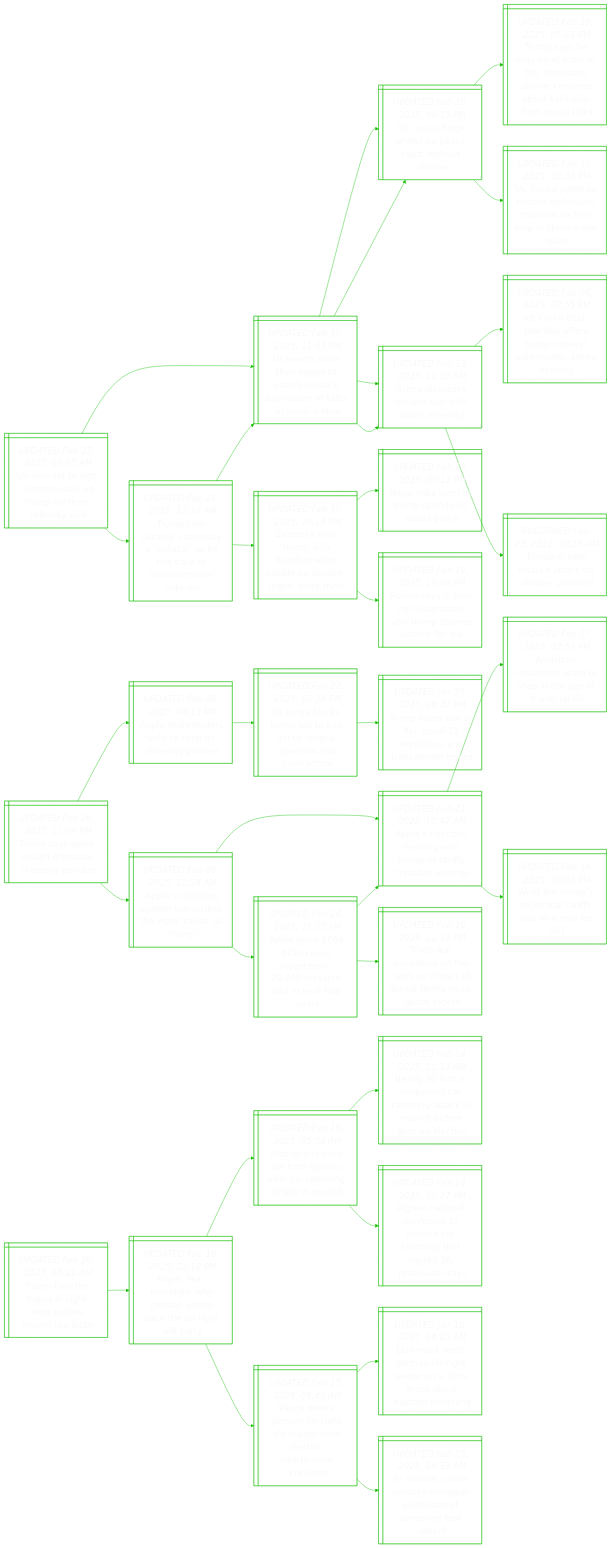
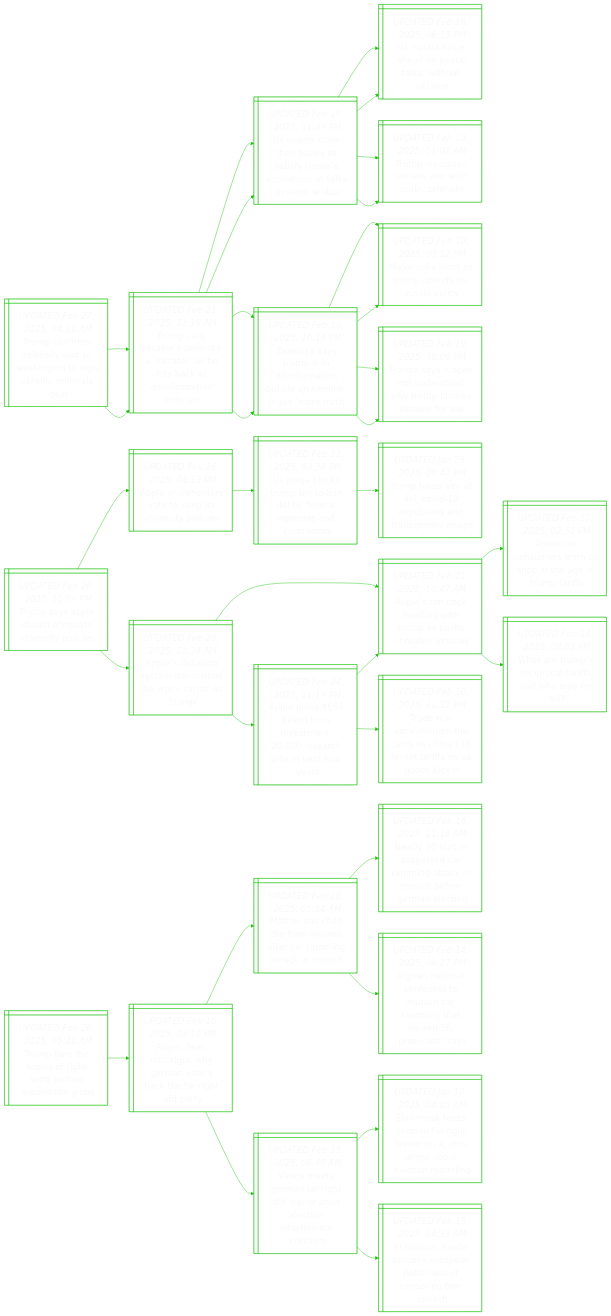
Before and after one commit to notJmes/notJmes: the diagram in README.md, drawn with Mermaid. The commit also changed other lines of this file, not shown here.

```diff
--- a/README.md
+++ b/README.md
@@ -16,8 +16,8 @@
 flowchart LR
 classDef txtsize font-size:20px;
 
-UntnreTcrlyt@{ shape: win-pane, label: "_UPDATED Feb 27, 2025, 03:05 AM_
-Ukraine set to sign minerals deal, as trump confirms zelensky visit" }
+Tcrlytstskere@{ shape: win-pane, label: "_UPDATED Feb 27, 2025, 04:11 AM_
+Trump confirms zelensky visit to washington to sign ukraine minerals deal" }
 TcUnlytaicioiis@{ shape: win-pane, label: "_UPDATED Feb 21, 2025, 12:19 AM_
 Trump calls ukraine’s zelensky a ‘dictator’ as he hits back at ‘disinformation’ criticism" }
 Umehtiusrnanii@{ shape: win-pane, label: "_UPDATED Feb 19, 2025, 11:33 PM_
@@ -32,35 +32,35 @@
 Major risks loom as trump upends us’ russia policy" }
 Feisnthmmrfr@{ shape: win-pane, label: "_UPDATED Feb 19, 2025, 10:06 PM_
 France says it does not understand why trump blames ukraine for war" }
+TcUnlytaicioiis@{ shape: win-pane, label: "_UPDATED Feb 21, 2025, 12:19 AM_
+Trump calls ukraine’s zelensky a ‘dictator’ as he hits back at ‘disinformation’ criticism" }
 Umehtiusrnanii@{ shape: win-pane, label: "_UPDATED Feb 19, 2025, 11:33 PM_
 Us seems more than happy to satisfy russia’s aspirations at talks in saudi arabia" }
 Usreptwua@{ shape: win-pane, label: "_UPDATED Feb 19, 2025, 06:15 PM_
 Us, russia forge ahead on peace talks, without ukraine" }
-TseetFseaonulnRas@{ shape: win-pane, label: "_UPDATED Feb 19, 2025, 05:01 PM_
-Trump says he may meet putin in feb, dismisses ukraine concerns about exclusion from russia talks" }
-Usrrrlisasprwl@{ shape: win-pane, label: "_UPDATED Feb 19, 2025, 03:38 PM_
-Us, russia agree to restore diplomatic missions as first step in ukraine war talks" }
 Tdskeitly@{ shape: win-pane, label: "_UPDATED Feb 13, 2025, 11:02 AM_
 Trump discusses ukraine war with putin, zelensky" }
-LolnfTmathecy@{ shape: win-pane, label: "_UPDATED Feb 08, 2025, 08:55 PM_
-‘let’s do a deal’: zelensky offers trump mineral partnership, seeks security" }
-Tiwitnifd@{ shape: win-pane, label: "_PUBLISHED Feb 25, 2022, 08:15 AM_
-Timeline: how russia's attack on ukraine unfolded" }
+Zsymnnaberumr@{ shape: win-pane, label: "_UPDATED Feb 19, 2025, 10:14 PM_
+Zelensky says trump is in ‘disinformation’ bubble on ukraine, urges ‘more truth’" }
+Mrlspdupy@{ shape: win-pane, label: "_UPDATED Feb 19, 2025, 03:12 PM_
+Major risks loom as trump upends us’ russia policy" }
+Feisnthmmrfr@{ shape: win-pane, label: "_UPDATED Feb 19, 2025, 10:06 PM_
+France says it does not understand why trump blames ukraine for war" }
 
-UntnreTcrlyt:::txtsize --> TcUnlytaicioiis:::txtsize
+Tcrlytstskere:::txtsize --> TcUnlytaicioiis:::txtsize
 TcUnlytaicioiis:::txtsize --> Umehtiusrnanii:::txtsize
 Umehtiusrnanii:::txtsize --> Usreptwua:::txtsize
 Umehtiusrnanii:::txtsize --> Tdskeitly:::txtsize
 TcUnlytaicioiis:::txtsize --> Zsymnnaberumr:::txtsize
 Zsymnnaberumr:::txtsize --> Mrlspdupy:::txtsize
 Zsymnnaberumr:::txtsize --> Feisnthmmrfr:::txtsize
-UntnreTcrlyt:::txtsize --> Umehtiusrnanii:::txtsize
+Tcrlytstskere:::txtsize --> TcUnlytaicioiis:::txtsize
+TcUnlytaicioiis:::txtsize --> Umehtiusrnanii:::txtsize
 Umehtiusrnanii:::txtsize --> Usreptwua:::txtsize
-Usreptwua:::txtsize --> TseetFseaonulnRas:::txtsize
-Usreptwua:::txtsize --> Usrrrlisasprwl:::txtsize
 Umehtiusrnanii:::txtsize --> Tdskeitly:::txtsize
-Tdskeitly:::txtsize --> LolnfTmathecy:::txtsize
-Tdskeitly:::txtsize --> Tiwitnifd:::txtsize
+TcUnlytaicioiis:::txtsize --> Zsymnnaberumr:::txtsize
+Zsymnnaberumr:::txtsize --> Mrlspdupy:::txtsize
+Zsymnnaberumr:::txtsize --> Feisnthmmrfr:::txtsize
 
 Tspheniils@{ shape: win-pane, label: "_UPDATED Feb 26, 2025, 11:09 PM_
 Trump says apple should eliminate diversity policies" }
```
